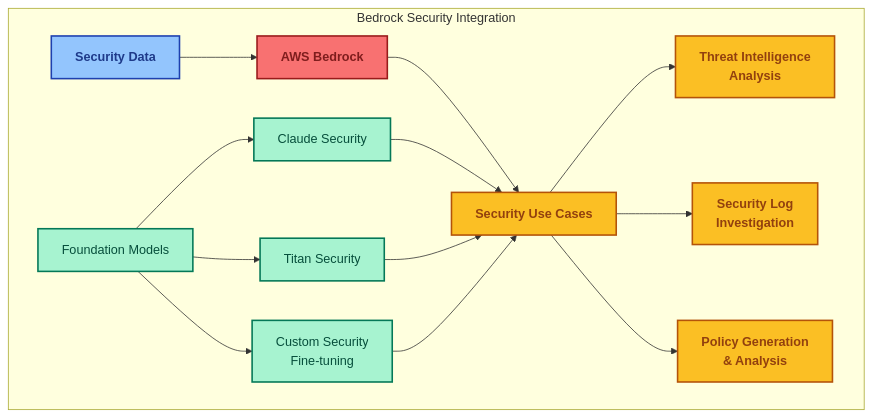
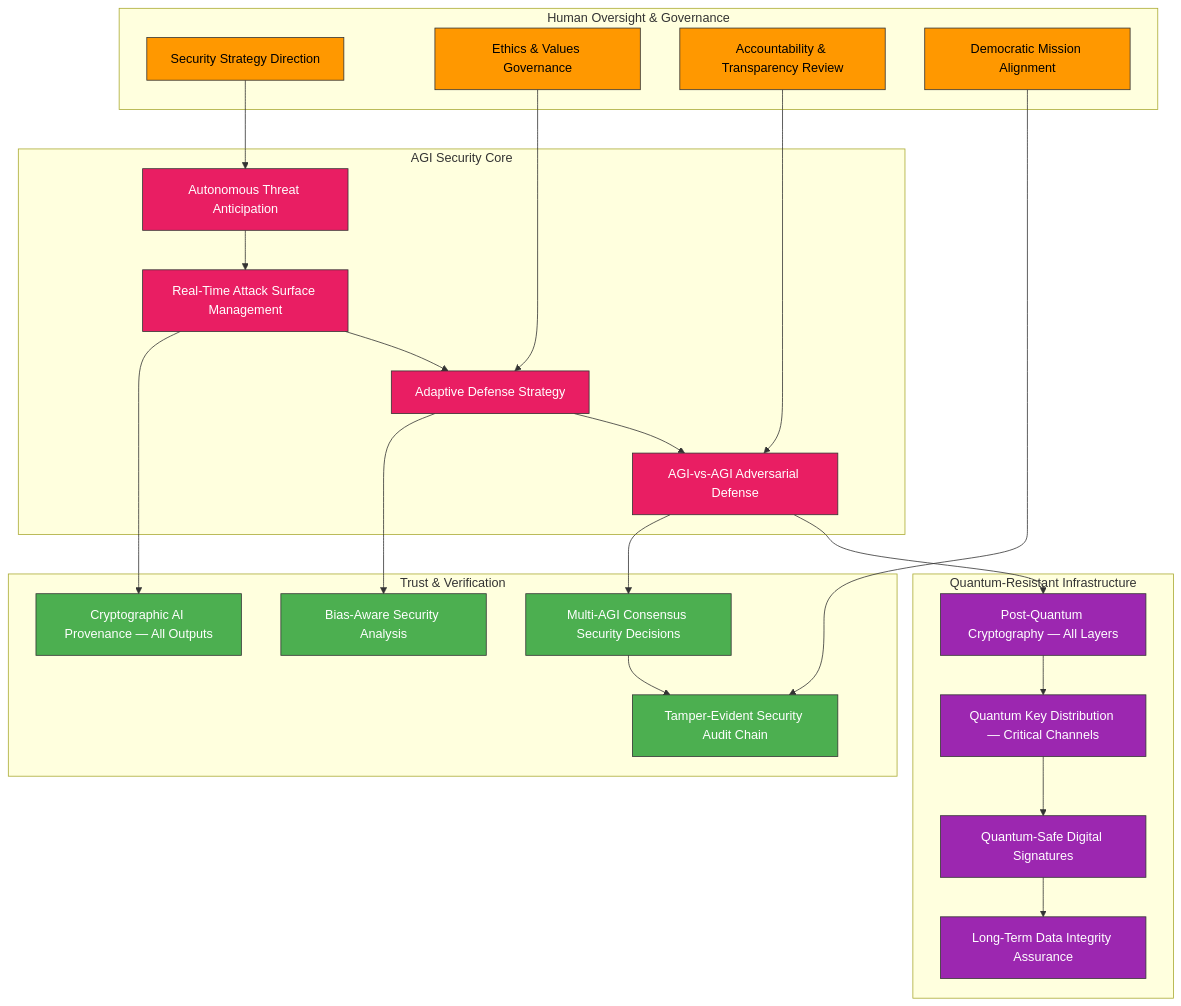
One commit to Hack23/cia changed the fifth of 6 diagrams in FUTURE_SECURITY_ARCHITECTURE.md. Above: the diagram before and after it, drawn with Mermaid. The commit also changed other lines of this file and 1 other file, not shown here.

Commit message:
docs: update FUTURE_WORKFLOWS and FUTURE_SECURITY_ARCHITECTURE with 2026-2037 roadmap

````diff
--- a/FUTURE_SECURITY_ARCHITECTURE.md
+++ b/FUTURE_SECURITY_ARCHITECTURE.md
@@ -739,28 +299,51 @@
 ```mermaid
-flowchart TD
-    subgraph "Bedrock Security Integration"
-        A[Security Data] --> B[AWS Bedrock]
-        
-        B --> C[Security Use Cases]
-        C --> D[Threat Intelligence<br>Analysis]
-        C --> E[Security Log<br>Investigation]
-        C --> F[Policy Generation<br>& Analysis]
-        
-        G[Foundation Models] --> H[Claude Security]
-        G --> I[Titan Security]
-        G --> J[Custom Security<br>Fine-tuning]
-        
-        H & I & J --> C
+flowchart TB
+    subgraph "AGI Security Core"
+        AGI1[Autonomous Threat Anticipation]
+        AGI2[Real-Time Attack Surface Management]
+        AGI3[Adaptive Defense Strategy]
+        AGI4[AGI-vs-AGI Adversarial Defense]
     end
-    
-    %% Styling
-    classDef data fill:#93c5fd,stroke:#1e40af,stroke-width:2px,color:#1e3a8a,font-weight:bold
-    classDef bedrock fill:#f87171,stroke:#991b1b,stroke-width:2px,color:#7f1d1d,font-weight:bold
-    classDef usecase fill:#fbbf24,stroke:#b45309,stroke-width:2px,color:#92400e,font-weight:bold
-    classDef models fill:#a7f3d0,stroke:#047857,stroke-width:2px,color:#064e3b
-    
-    class A data
-    class B bedrock
-    class C,D,E,F usecase
-    class G,H,I,J models
+
+    subgraph "Human Oversight & Governance"
+        HO1[Security Strategy Direction]
+        HO2[Ethics & Values Governance]
+        HO3[Accountability & Transparency Review]
+        HO4[Democratic Mission Alignment]
+    end
+
+    subgraph "Quantum-Resistant Infrastructure"
+        QR1[Post-Quantum Cryptography — All Layers]
+        QR2[Quantum Key Distribution — Critical Channels]
+        QR3[Quantum-Safe Digital Signatures]
+        QR4[Long-Term Data Integrity Assurance]
+    end
+
+    subgraph "Trust & Verification"
+        TV1[Cryptographic AI Provenance — All Outputs]
+        TV2[Bias-Aware Security Analysis]
+        TV3[Multi-AGI Consensus Security Decisions]
+        TV4[Tamper-Evident Security Audit Chain]
+    end
+
+    HO1 --> AGI1
+    HO2 --> AGI3
+    AGI1 --> AGI2 --> AGI3 --> AGI4
+    HO3 --> AGI4
+    AGI4 --> QR1
+    QR1 --> QR2 --> QR3 --> QR4
+    AGI2 --> TV1
+    AGI3 --> TV2
+    AGI4 --> TV3 --> TV4
+    HO4 --> TV4
+
+    classDef agi fill:#E91E63,stroke:#333,stroke-width:1px,color:white
+    classDef human fill:#FF9800,stroke:#333,stroke-width:1px,color:black
+    classDef quantum fill:#9C27B0,stroke:#333,stroke-width:1px,color:white
+    classDef trust fill:#4CAF50,stroke:#333,stroke-width:1px,color:white
+
+    class AGI1,AGI2,AGI3,AGI4 agi
+    class HO1,HO2,HO3,HO4 human
+    class QR1,QR2,QR3,QR4 quantum
+    class TV1,TV2,TV3,TV4 trust
 ```
````
